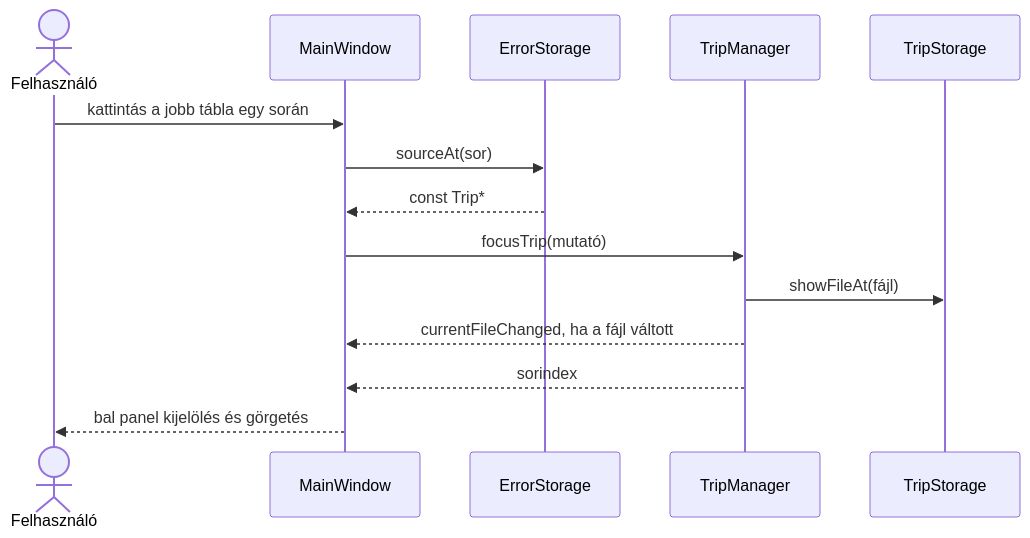
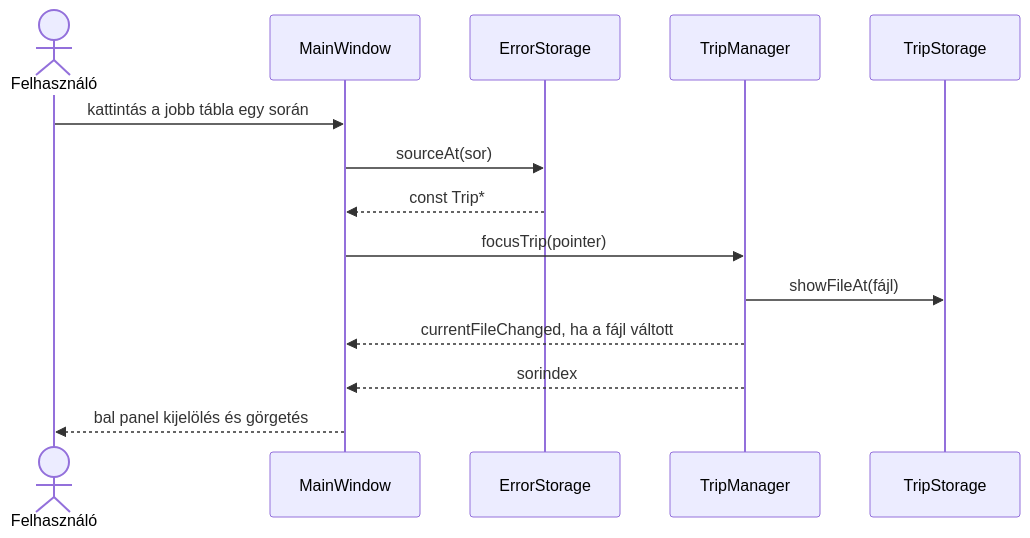
One commit to vajdaakos/KikuldetesiRendelvenyEllenorzo changed the fifth of 8 diagrams in DEVELOP.md. Above: the diagram before and after it, drawn with Mermaid. The commit also changed other lines of this file and 2 other files, not shown here.

````diff
--- a/DEVELOP.md
+++ b/DEVELOP.md
@@ -246,17 +246,17 @@
 ```mermaid
 sequenceDiagram
     actor Felhasználó
     participant Ablak as MainWindow
     participant Hibák as ErrorStorage
     participant Manager as TripManager
     participant Utak as TripStorage
 
     Felhasználó->>Ablak: kattintás a jobb tábla egy során
     Ablak->>Hibák: sourceAt(sor)
     Hibák-->>Ablak: const Trip*
-    Ablak->>Manager: focusTrip(mutató)
+    Ablak->>Manager: focusTrip(pointer)
     Manager->>Utak: showFileAt(fájl)
     Manager-->>Ablak: currentFileChanged, ha a fájl váltott
     Manager-->>Ablak: sorindex
     Ablak-->>Felhasználó: bal panel kijelölés és görgetés
 ```
````
